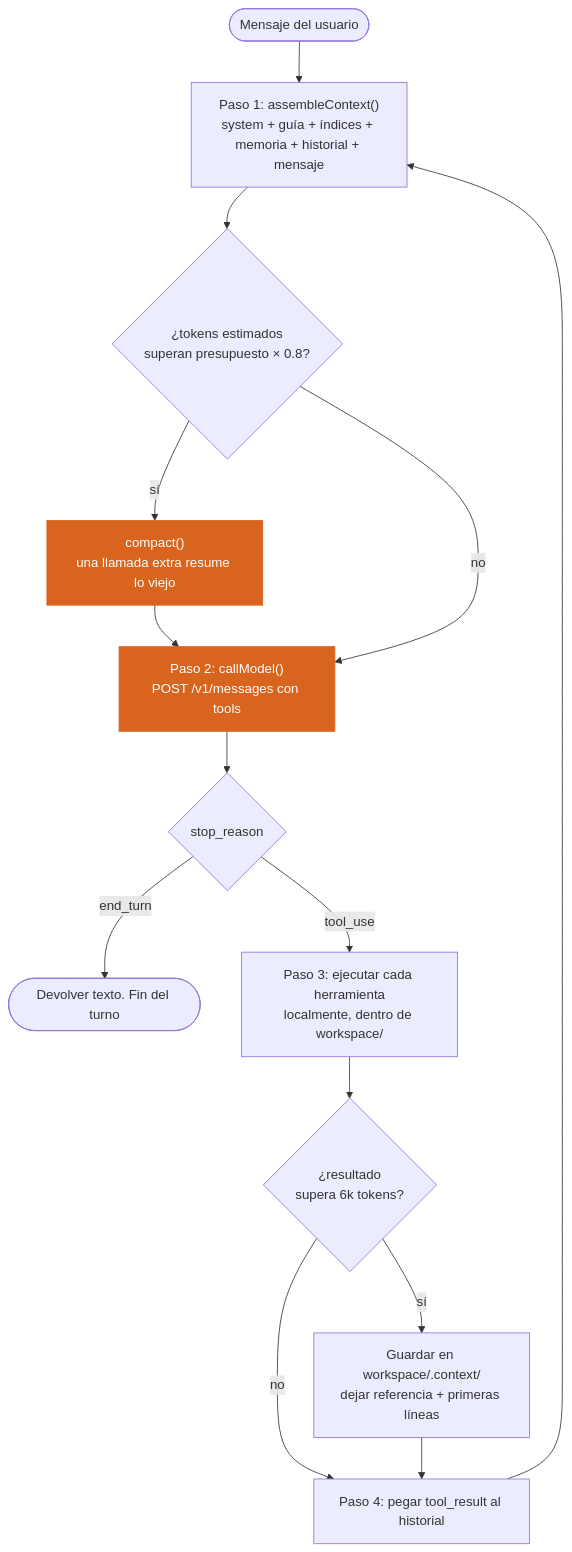
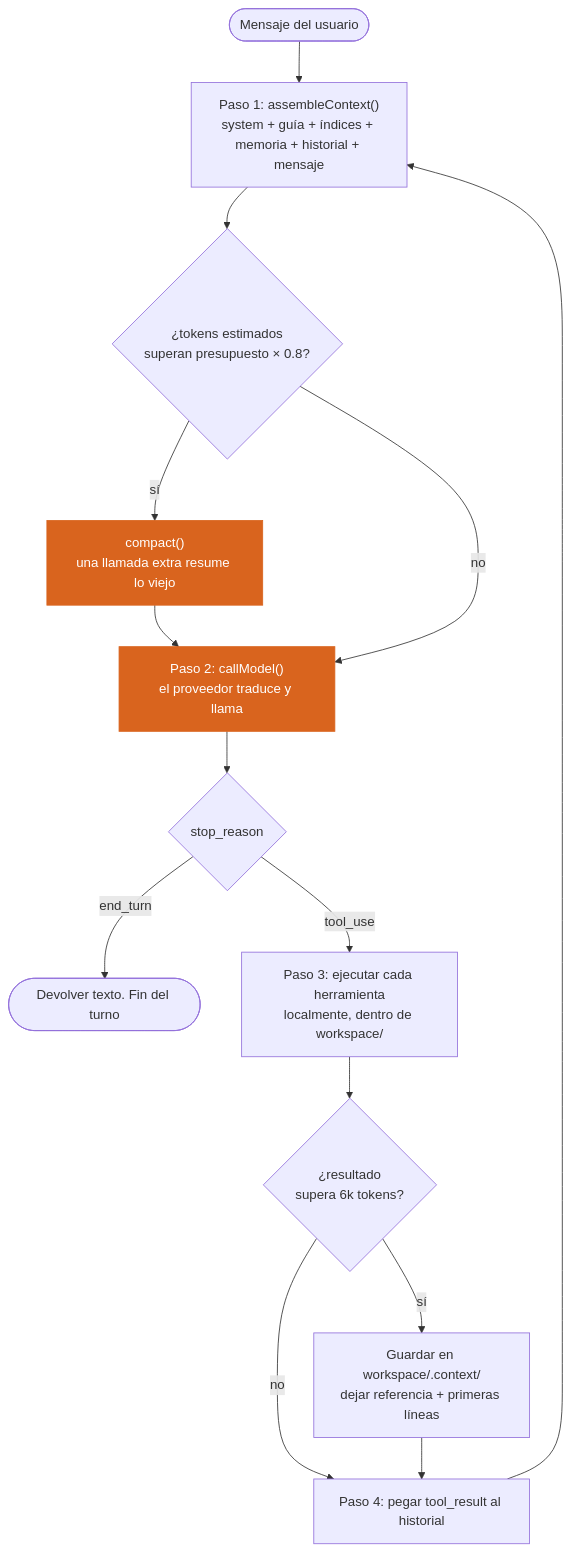
The fourth of 10 diagrams in README.md (ada-school/ada-harness), drawn with Mermaid before and after one commit. The commit also changed other lines of this file and 15 other files, not shown here.

````diff
--- a/README.md
+++ b/README.md
@@ -179,18 +190,18 @@
 ```mermaid
 flowchart TD
     START(["Mensaje del usuario"]) --> ASM["Paso 1: assembleContext()<br/>system + guía + índices + memoria + historial + mensaje"]
     ASM --> CHECK{"¿tokens estimados<br/>superan presupuesto × 0.8?"}
     CHECK -->|sí| COMPACT["compact()<br/>una llamada extra resume lo viejo"]
     COMPACT --> CALL
-    CHECK -->|no| CALL["Paso 2: callModel()<br/>POST /v1/messages con tools"]
+    CHECK -->|no| CALL["Paso 2: callModel()<br/>el proveedor traduce y llama"]
     CALL --> STOP{"stop_reason"}
     STOP -->|"end_turn"| DONE(["Devolver texto. Fin del turno"])
     STOP -->|"tool_use"| EXEC["Paso 3: ejecutar cada herramienta<br/>localmente, dentro de workspace/"]
     EXEC --> OFF{"¿resultado<br/>supera 6k tokens?"}
     OFF -->|sí| DISK["Guardar en workspace/.context/<br/>dejar referencia + primeras líneas"]
     OFF -->|no| APPEND
     DISK --> APPEND["Paso 4: pegar tool_result al historial"]
     APPEND --> ASM
     style CALL fill:#d9641e,color:#fff,stroke:#d9641e
     style COMPACT fill:#d9641e,color:#fff,stroke:#d9641e
 ```
````
